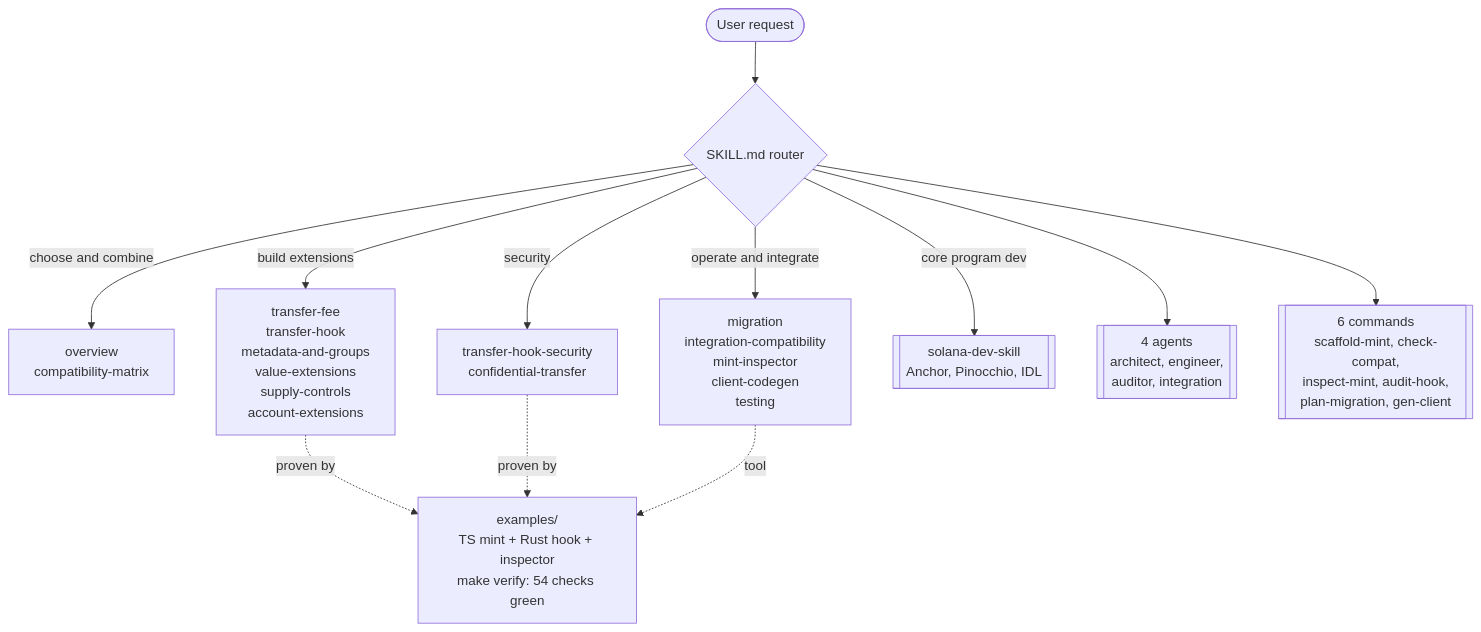
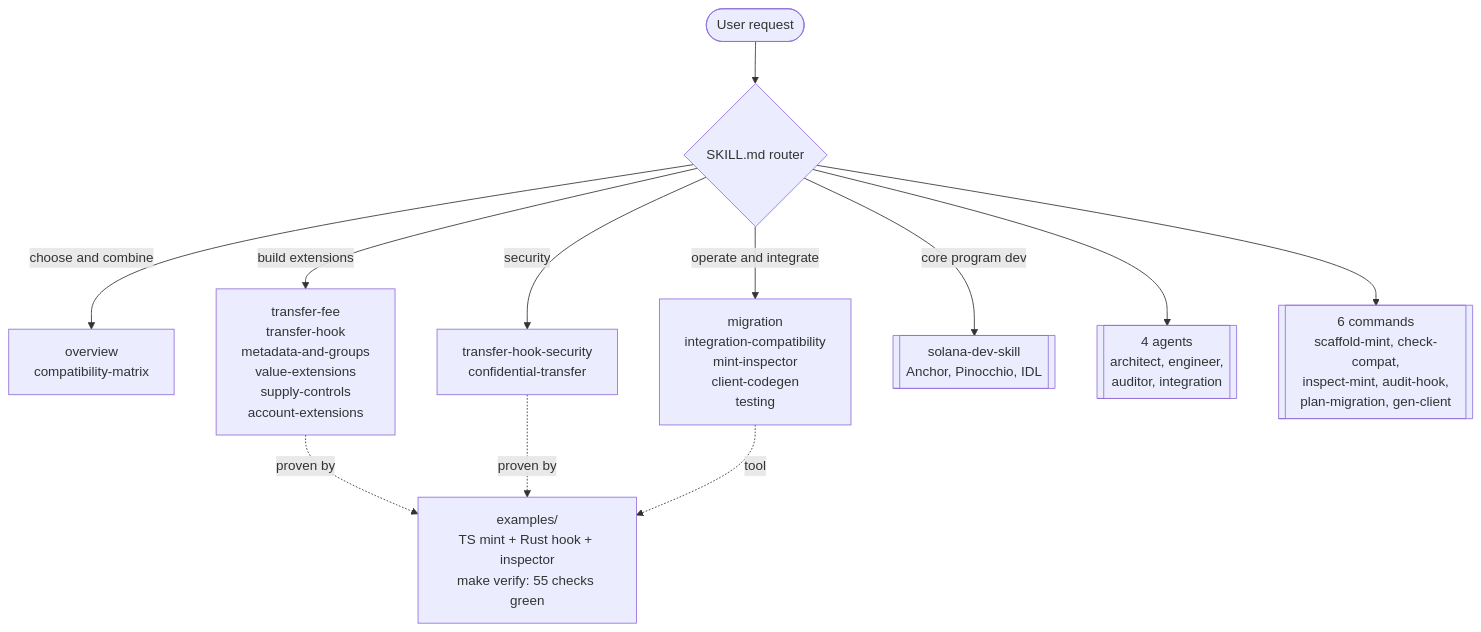
Before and after one commit to Andy00L/solana-token-extensions-skill: the diagram in README.md, drawn with Mermaid. The commit also changed other lines of this file and 11 other files, not shown here.

Commit message:
Audit: validate mint owner and account linkage in transfer hook, scope allow PDA per mint; fix confidential+hook and scaled-UI+interest doc contradictions; raise test-runner retry cap; 55 checks, add CI badge

````diff
--- a/README.md
+++ b/README.md
@@ -20,14 +21,14 @@
 ```mermaid
 flowchart TD
     U([User request]) --> R{SKILL.md router}
     R -->|choose and combine| C["overview<br/>compatibility-matrix"]
     R -->|build extensions| B["transfer-fee<br/>transfer-hook<br/>metadata-and-groups<br/>value-extensions<br/>supply-controls<br/>account-extensions"]
     R -->|operate and integrate| O["migration<br/>integration-compatibility<br/>mint-inspector<br/>client-codegen<br/>testing"]
     R -->|security| S["transfer-hook-security<br/>confidential-transfer"]
     R -->|core program dev| CORE[["solana-dev-skill<br/>Anchor, Pinocchio, IDL"]]
     R --> AG[["4 agents<br/>architect, engineer,<br/>auditor, integration"]]
     R --> CMD[["6 commands<br/>scaffold-mint, check-compat,<br/>inspect-mint, audit-hook,<br/>plan-migration, gen-client"]]
-    B -.proven by.-> EX["examples/<br/>TS mint + Rust hook + inspector<br/>make verify: 54 checks green"]
+    B -.proven by.-> EX["examples/<br/>TS mint + Rust hook + inspector<br/>make verify: 55 checks green"]
     S -.proven by.-> EX
     O -.tool.-> EX
 ```
````
